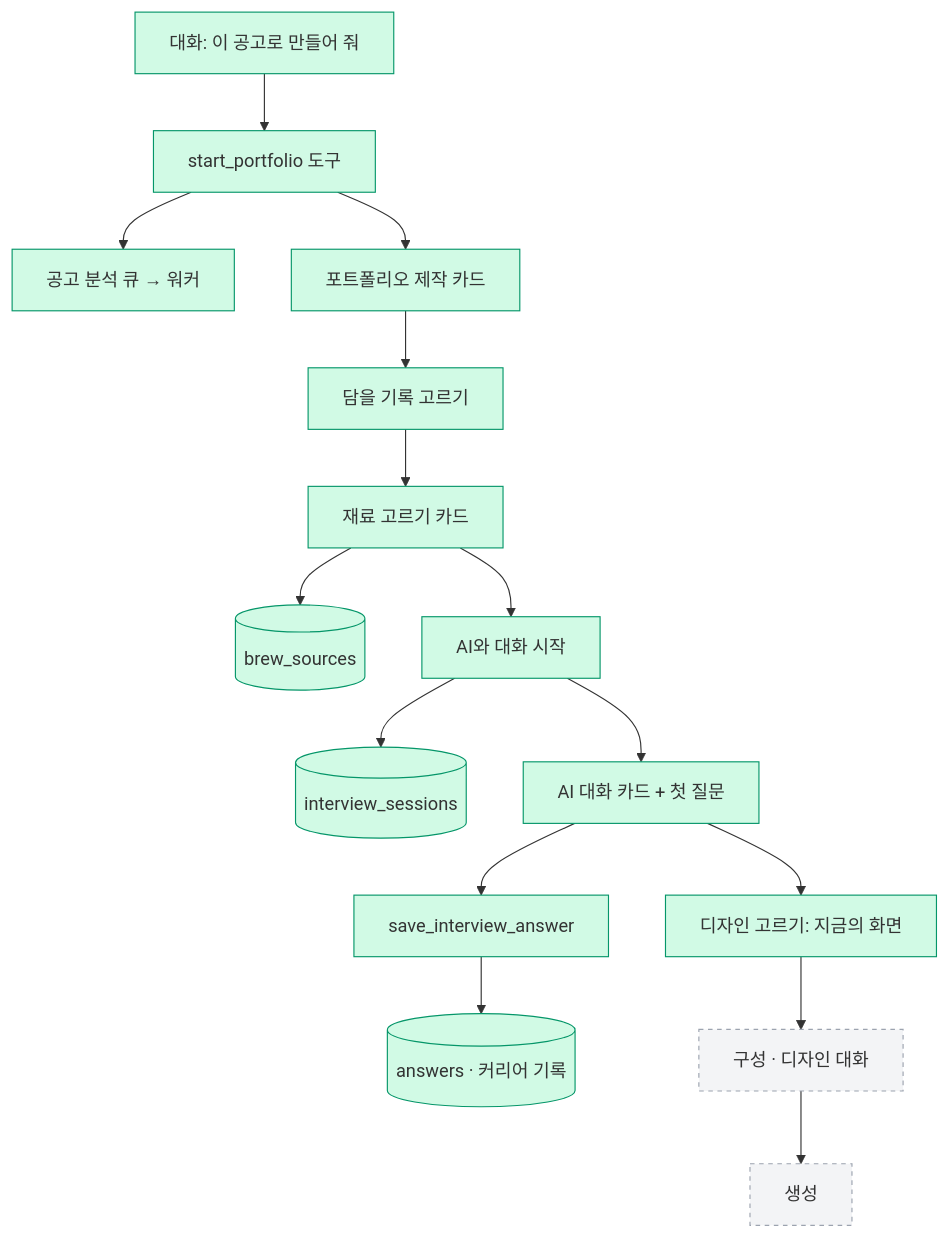
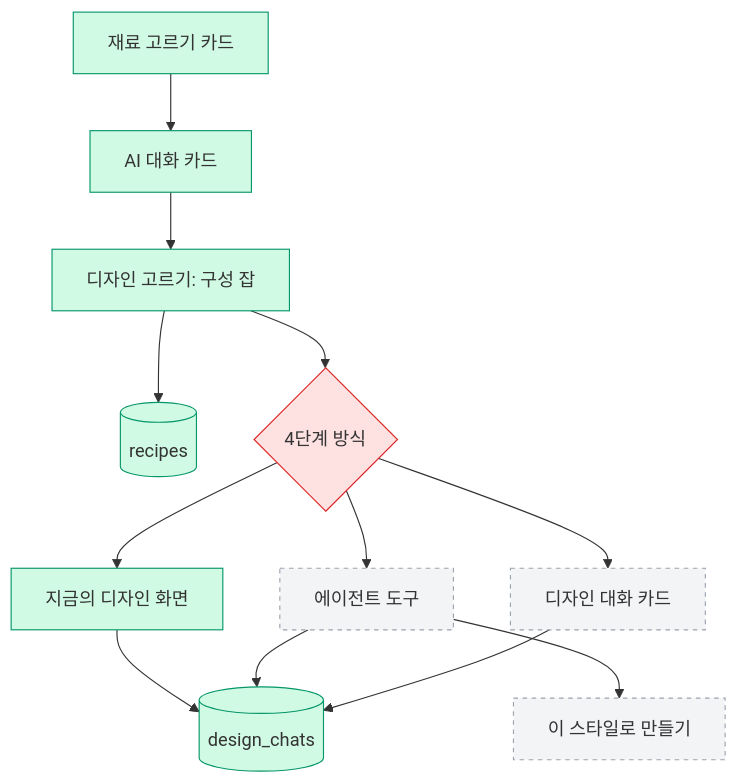
The diagram in .sitrep/sessions/20261120-0200-brew-chat/arch.mmd (Expresso-Organization/expresso), drawn with Mermaid before and after one commit. The commit also changed 30 other files, not shown here.

First line of the commit message:
feat: 에이전트 채팅의 디자인 카드

```diff
--- a/.sitrep/sessions/20261120-0200-brew-chat/arch.mmd
+++ b/.sitrep/sessions/20261120-0200-brew-chat/arch.mmd
@@ -1,21 +1,19 @@
 flowchart TD
-  U[대화: 이 공고로 만들어 줘] --> T[start_portfolio 도구]
-  T --> A[공고 분석 큐 → 워커]
-  T --> C[포트폴리오 제작 카드]
-  C --> O[담을 기록 고르기]
-  O --> M[재료 고르기 카드]
-  M --> B[(brew_sources)]
-  M --> I[AI와 대화 시작]
-  I --> S[(interview_sessions)]
-  I --> Q[AI 대화 카드 + 첫 질문]
-  Q --> V[save_interview_answer]
-  V --> R[(answers · 커리어 기록)]
-  Q --> D[디자인 고르기: 지금의 화면]
-  D --> E[구성 · 디자인 대화]
-  E --> G[생성]
+  M[재료 고르기 카드] --> Q[AI 대화 카드]
+  Q --> R[디자인 고르기: 구성 잡]
+  R --> RC[(recipes)]
+  R --> D4{4단계 방식}
+  D4 --> DA[에이전트 도구]
+  D4 --> DB[디자인 대화 카드]
+  D4 --> DC[지금의 디자인 화면]
+  DC --> DCH[(design_chats)]
+  DA --> DCH
+  DB --> DCH
+  DA --> G[이 스타일로 만들기]
   classDef done fill:#d1fae5,stroke:#059669
   classDef doing fill:#fef3c7,stroke:#d97706
   classDef decide fill:#fee2e2,stroke:#dc2626
   classDef todo fill:#f3f4f6,stroke:#9ca3af,stroke-dasharray:4
-  class U,T,A,C,O,M,B,I,S,Q,V,R,D done
-  class E,G todo
+  class M,Q,R,RC,DC,DCH done
+  class D4 decide
+  class DA,DB,G todo
```
